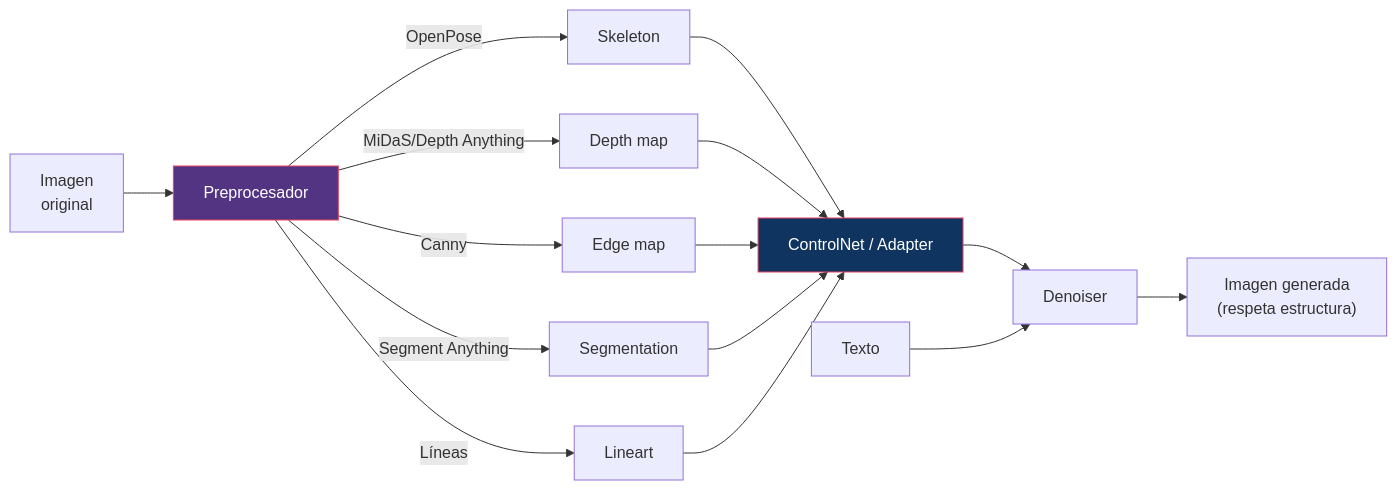
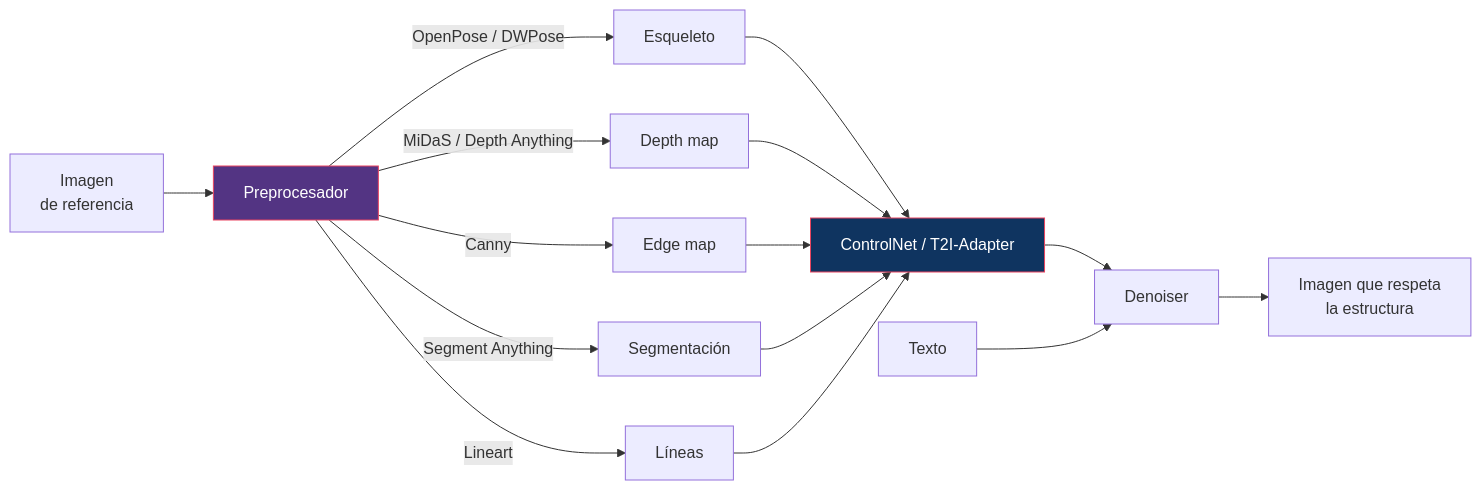
Before and after one commit to DavidDevGt/DifusionReal: the fifth of 6 diagrams in 11-conditioning/README.md, drawn with Mermaid. The commit also changed other lines of this file, not shown here.

````diff
--- a/11-conditioning/README.md
+++ b/11-conditioning/README.md
@@ -249,23 +366,23 @@
 ```mermaid
 graph LR
-    IMG["Imagen<br/>original"] --> PREPROC["Preprocesador"]
+    IMG["Imagen<br/>de referencia"] --> PREPROC["Preprocesador"]
 
-    PREPROC -->|"OpenPose"| POSE["Skeleton"]
-    PREPROC -->|"MiDaS/Depth Anything"| DEPTH["Depth map"]
+    PREPROC -->|"OpenPose / DWPose"| POSE["Esqueleto"]
+    PREPROC -->|"MiDaS / Depth Anything"| DEPTH["Depth map"]
     PREPROC -->|"Canny"| EDGES["Edge map"]
-    PREPROC -->|"Segment Anything"| SEG["Segmentation"]
-    PREPROC -->|"Líneas"| SKETCH["Lineart"]
+    PREPROC -->|"Segment Anything"| SEG["Segmentación"]
+    PREPROC -->|"Lineart"| SKETCH["Líneas"]
 
-    POSE --> CN["ControlNet / Adapter"]
+    POSE --> CN["ControlNet / T2I-Adapter"]
     DEPTH --> CN
     EDGES --> CN
     SEG --> CN
     SKETCH --> CN
 
     CN --> MODEL["Denoiser"]
     PROMPT["Texto"] --> MODEL
-    MODEL --> OUTPUT["Imagen generada<br/>(respeta estructura)"]
+    MODEL --> OUTPUT["Imagen que respeta<br/>la estructura"]
 
     style PREPROC fill:#533483,stroke:#e94560,color:#fff
     style CN fill:#0f3460,stroke:#e94560,color:#fff
 ```
````
